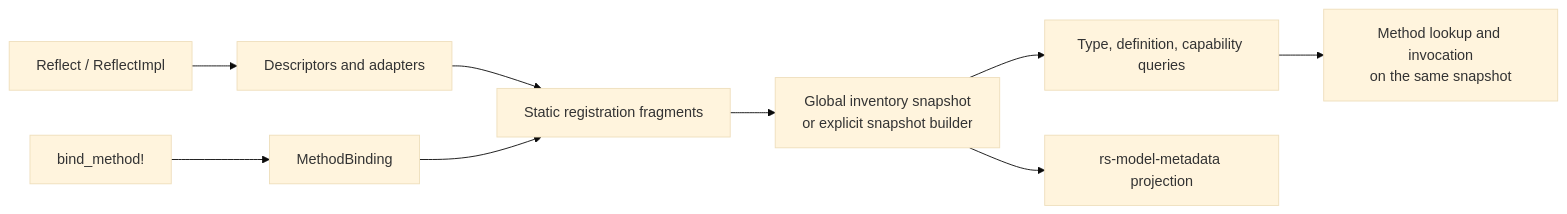
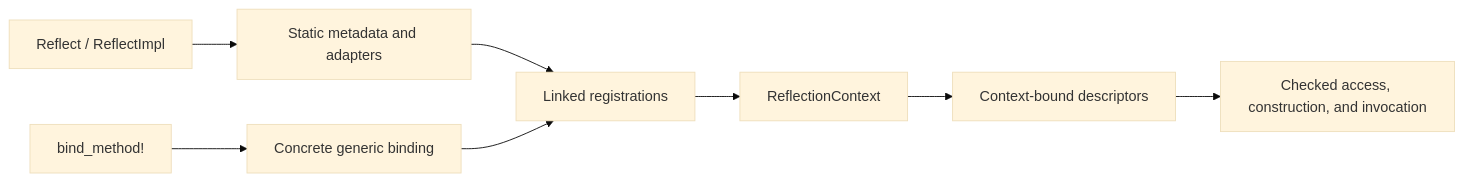
The diagram in doc/architecture.md (qubit-ltd/rs-reflect), drawn with Mermaid (base theme) before and after one commit. The commit also changed other lines of this file and 10 other files, not shown here.

````diff
--- a/doc/architecture.md
+++ b/doc/architecture.md
@@ -9,11 +9,10 @@
 ```mermaid
 flowchart LR
-  A[Reflect / ReflectImpl] --> B[Descriptors and adapters]
-  C[bind_method!] --> D[MethodBinding]
-  B --> E[Static registration fragments]
+  A[Reflect / ReflectImpl] --> B[Static metadata and adapters]
+  C[bind_method!] --> D[Concrete generic binding]
+  B --> E[Linked registrations]
   D --> E
-  E --> F[Global inventory snapshot<br/>or explicit snapshot builder]
-  F --> G[Type, definition, capability queries]
-  G --> H[Method lookup and invocation<br/>on the same snapshot]
-  F --> I[rs-model-metadata projection]
+  E --> F[ReflectionContext]
+  F --> G[Context-bound descriptors]
+  G --> H[Checked access, construction, and invocation]
 ```
````
